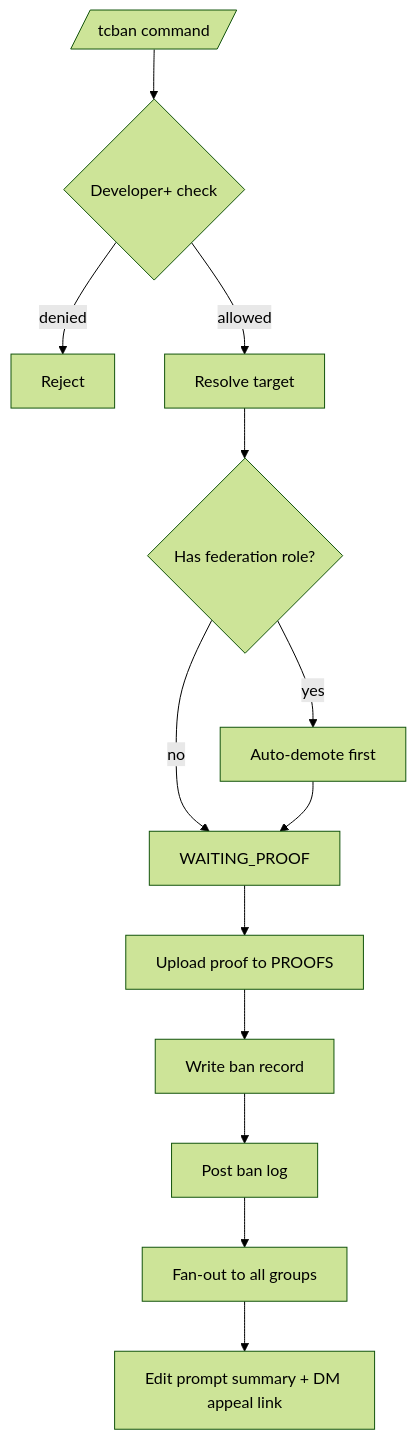
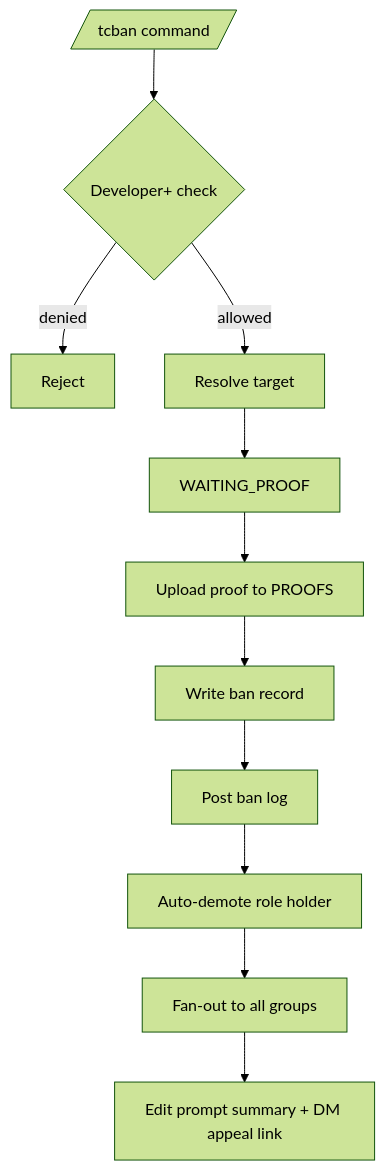
Before and after one commit to D1ZZY4/tcbot: the diagram in docs/features/moderation/banning.md, drawn with Mermaid (forest theme). The commit also changed other lines of this file and 15 other files, not shown here.

First line of the commit message:
fix(moderation): remove the federation role when the action is enforced

````diff
--- a/docs/features/moderation/banning.md
+++ b/docs/features/moderation/banning.md
@@ -12,15 +12,13 @@
 ```mermaid
 flowchart TD
     Cmd[/tcban command/] --> Permission{Developer+ check}
     Permission -->|denied| End1[Reject]
     Permission -->|allowed| Target[Resolve target]
-    Target --> RoleCheck{Has federation role?}
-    RoleCheck -->|yes| AutoDemote[Auto-demote first]
-    RoleCheck -->|no| ProofStep[WAITING_PROOF]
-    AutoDemote --> ProofStep
+    Target --> ProofStep[WAITING_PROOF]
     ProofStep --> UploadProof[Upload proof to PROOFS]
     UploadProof --> StoreBan[Write ban record]
     StoreBan --> PostLog[Post ban log]
-    PostLog --> FanOut[Fan-out to all groups]
+    PostLog --> AutoDemote[Auto-demote role holder]
+    AutoDemote --> FanOut[Fan-out to all groups]
     FanOut --> Summary[Edit prompt summary + DM appeal link]
 ```
````
